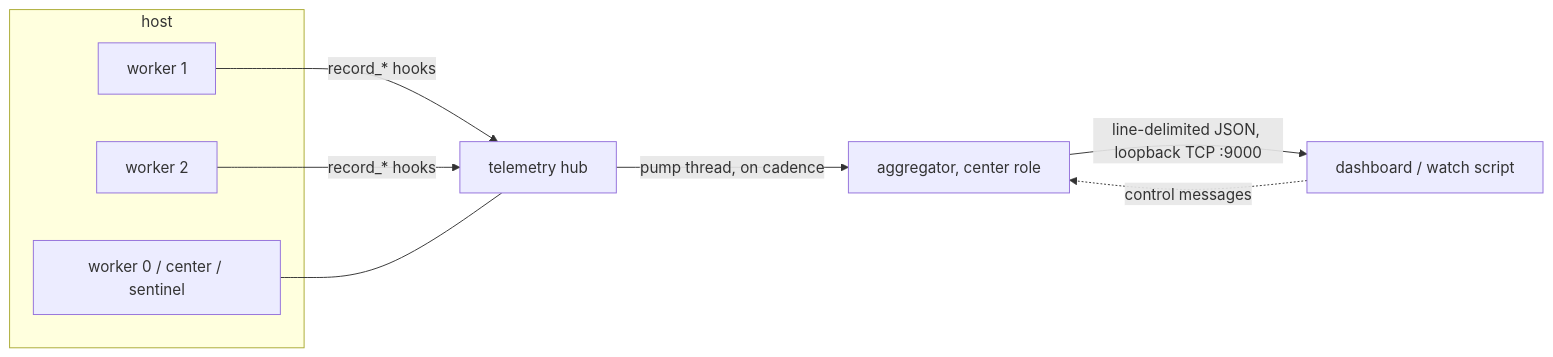
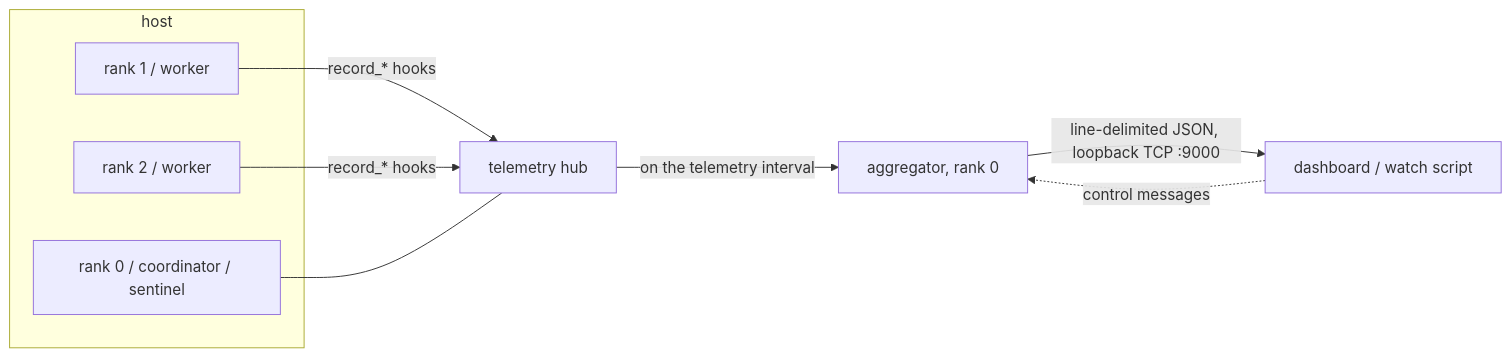
The diagram in docs/telemetry/index.md (rapastranac/gempba-docs), drawn with Mermaid before and after one commit. The commit also changed other lines of this file and 2 other files, not shown here.

First line of the commit message:
#18 docs(#1, #5, #10): Move the telemetry data model and controls to schema 2

````diff
--- a/docs/telemetry/index.md
+++ b/docs/telemetry/index.md
@@ -25,14 +25,14 @@
 ```mermaid
 flowchart LR
     subgraph hostA [host]
-        W0[worker 0 / center / sentinel]
-        W1[worker 1]
-        W2[worker 2]
+        W0[rank 0 / coordinator / sentinel]
+        W1[rank 1 / worker]
+        W2[rank 2 / worker]
     end
     W1 -->|record_* hooks| HUB[telemetry hub]
     W2 -->|record_* hooks| HUB
     W0 --- HUB
-    HUB -->|pump thread, on cadence| AGG[aggregator, center role]
+    HUB -->|on the telemetry interval| AGG[aggregator, rank 0]
     AGG -->|line-delimited JSON, loopback TCP :9000| DASH[dashboard / watch script]
     DASH -.->|control messages| AGG
 ```
````
